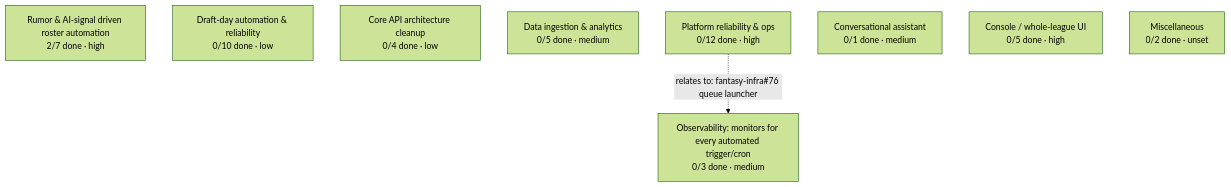
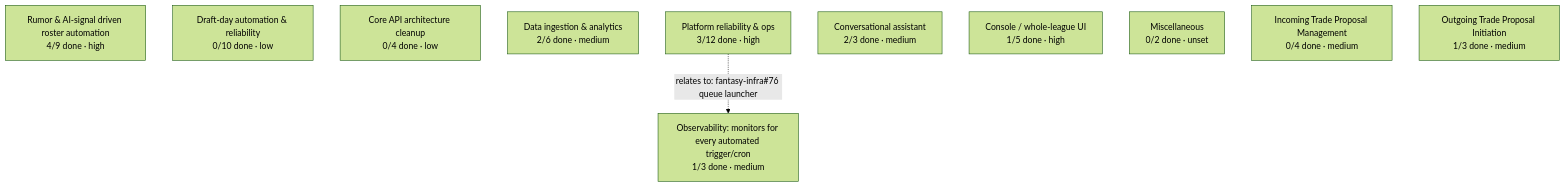
Before and after one commit to cvillarr23/fantasy-project: the diagram in docs/project-map.md, drawn with Mermaid (forest theme). The commit also changed other lines of this file and 1 other file, not shown here.

Commit message:
Fix gen_project_map.py to discover epics live instead of a hardcoded range
The hardcoded EPIC_NUMBERS = range(3, 12) silently dropped epics #12/#13
(created after the range was written) from the published project map.

````diff
--- a/docs/project-map.md
+++ b/docs/project-map.md
@@ -6,13 +6,15 @@
 ```mermaid
 flowchart TD
-    E3["Rumor & AI-signal driven roster automation<br/>2/7 done &middot; high"]
+    E3["Rumor & AI-signal driven roster automation<br/>4/9 done &middot; high"]
     E4["Draft-day automation & reliability<br/>0/10 done &middot; low"]
     E5["Core API architecture cleanup<br/>0/4 done &middot; low"]
-    E6["Data ingestion & analytics<br/>0/5 done &middot; medium"]
-    E7["Platform reliability & ops<br/>0/12 done &middot; high"]
-    E8["Conversational assistant<br/>0/1 done &middot; medium"]
-    E9["Console / whole-league UI<br/>0/5 done &middot; high"]
+    E6["Data ingestion & analytics<br/>2/6 done &middot; medium"]
+    E7["Platform reliability & ops<br/>3/12 done &middot; high"]
+    E8["Conversational assistant<br/>2/3 done &middot; medium"]
+    E9["Console / whole-league UI<br/>1/5 done &middot; high"]
     E10["Miscellaneous<br/>0/2 done &middot; unset"]
-    E11["Observability: monitors for every automated trigger/cron<br/>0/3 done &middot; medium"]
+    E11["Observability: monitors for every automated trigger/cron<br/>1/3 done &middot; medium"]
+    E12["Incoming Trade Proposal Management<br/>0/4 done &middot; medium"]
+    E13["Outgoing Trade Proposal Initiation<br/>1/3 done &middot; medium"]
     E7 -.->|relates to: fantasy-infra#76 queue launcher| E11
 ```
````
